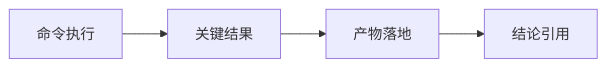
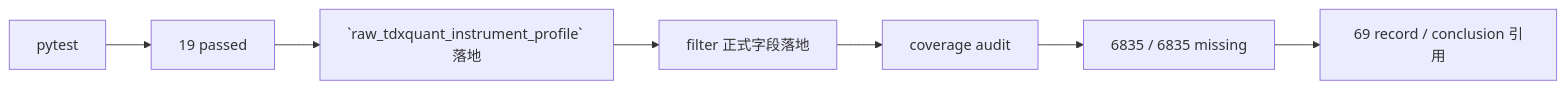
One commit to everything-is-simple/lifespan-0.01 changed the diagram in docs/03-execution/evidence/69-filter-objective-tradability-and-universe-gate-freeze-evidence-20260415.md. Above: the diagram before and after it, drawn with Mermaid. The commit also changed other lines of this file and 25 other files, not shown here.

Commit message:
filter: freeze objective gate and audit coverage

````diff
--- a/docs/03-execution/evidence/69-filter-objective-tradability-and-universe-gate-freeze-evidence-20260415.md
+++ b/docs/03-execution/evidence/69-filter-objective-tradability-and-universe-gate-freeze-evidence-20260415.md
@@ -24,6 +52,9 @@
 ```mermaid
 flowchart LR
-    CMD[命令执行] --> OUT[关键结果]
-    OUT --> ART[产物落地]
-    ART --> REF[结论引用]
+    PYTEST[pytest] --> PASS[19 passed]
+    PASS --> DATA[`raw_tdxquant_instrument_profile` 落地]
+    DATA --> LEDGER[filter 正式字段落地]
+    LEDGER --> AUDIT[coverage audit]
+    AUDIT --> GAP[6835 / 6835 missing]
+    GAP --> REF[69 record / conclusion 引用]
 ```
````
